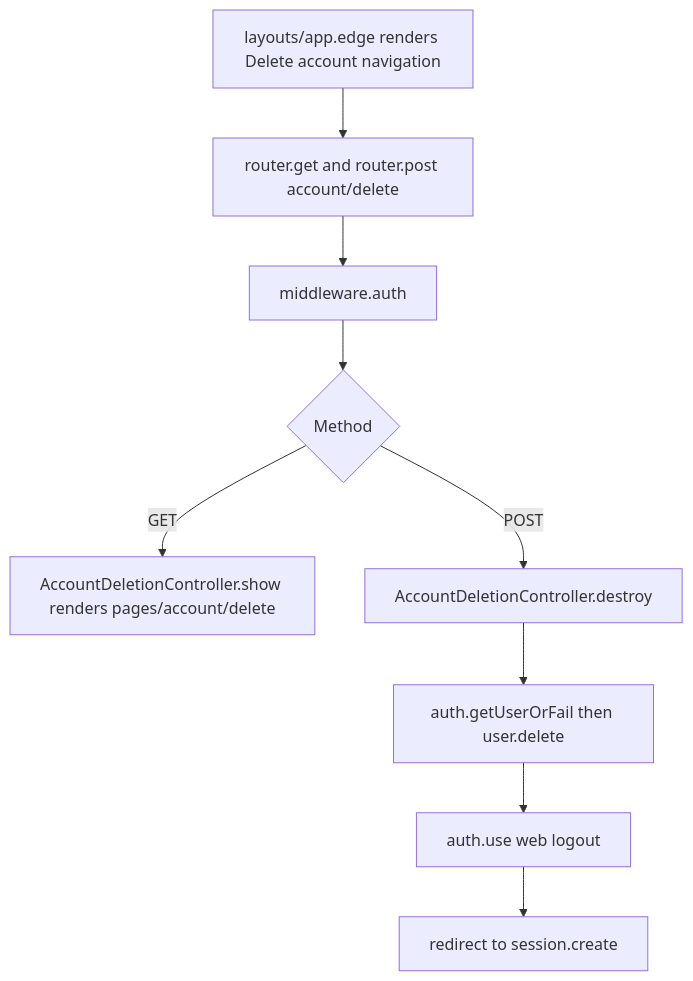
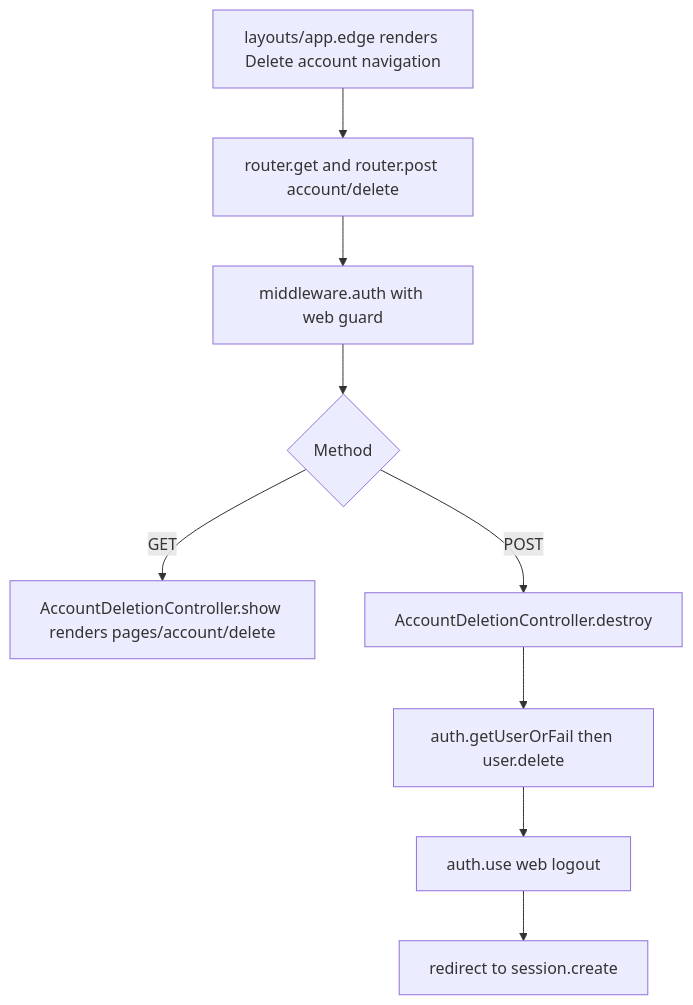
Before and after one commit to Kevinjohn/oss-adonisjs-lucid-soft-delete: the second of 2 diagrams in user-stories/example-apps/us-demo-03-hypermedia-account-deletion.md, drawn with Mermaid. The commit also changed other lines of this file and 10 other files, not shown here.

````diff
--- a/user-stories/example-apps/us-demo-03-hypermedia-account-deletion.md
+++ b/user-stories/example-apps/us-demo-03-hypermedia-account-deletion.md
@@ -36,11 +36,11 @@
 ```mermaid
 flowchart TD
     N["layouts/app.edge renders Delete account navigation"] --> A
-    A["router.get and router.post account/delete"] --> B["middleware.auth"]
+    A["router.get and router.post account/delete"] --> B["middleware.auth with web guard"]
     B --> C{"Method"}
     C -->|GET| D["AccountDeletionController.show renders pages/account/delete"]
     C -->|POST| E["AccountDeletionController.destroy"]
     E --> F["auth.getUserOrFail then user.delete"]
     F --> G["auth.use web logout"]
     G --> H["redirect to session.create"]
 ```
````
